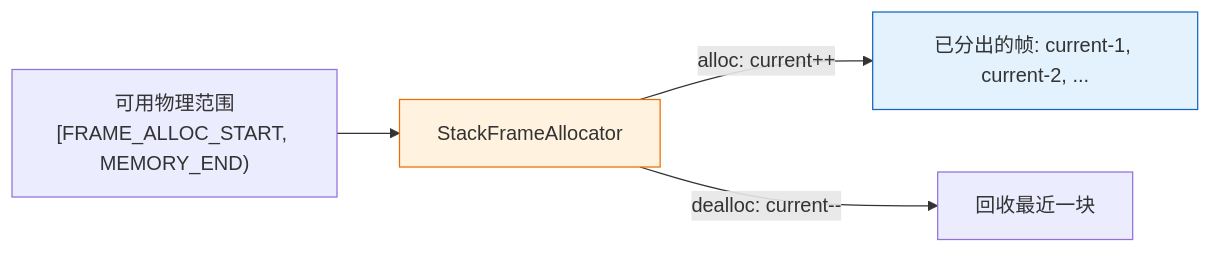
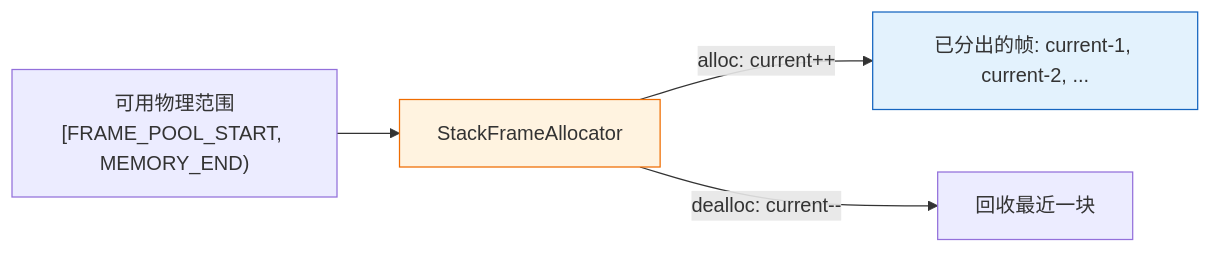
Before and after one commit to AM-SuSh/EVOLVE: the third of 4 diagrams in os-lab/labs/lab3-memory.md, drawn with Mermaid. The commit also changed other lines of this file and 13 other files, not shown here.

````diff
--- a/os-lab/labs/lab3-memory.md
+++ b/os-lab/labs/lab3-memory.md
@@ -116,11 +116,11 @@
 ```mermaid
 graph LR
-    R["可用物理范围<br/>[FRAME_ALLOC_START, MEMORY_END)"] --> A["StackFrameAllocator"]
+    R["可用物理范围<br/>[FRAME_POOL_START, MEMORY_END)"] --> A["StackFrameAllocator"]
     A -->|"alloc: current++"| H["已分出的帧: current-1, current-2, ..."]
     A -->|"dealloc: current--"| R2["回收最近一块"]
 
     classDef alloc fill:#fff3e0,stroke:#ef6c00;
     classDef hold fill:#e3f2fd,stroke:#1565c0;
     class A alloc;
     class H hold;
 ```
````
